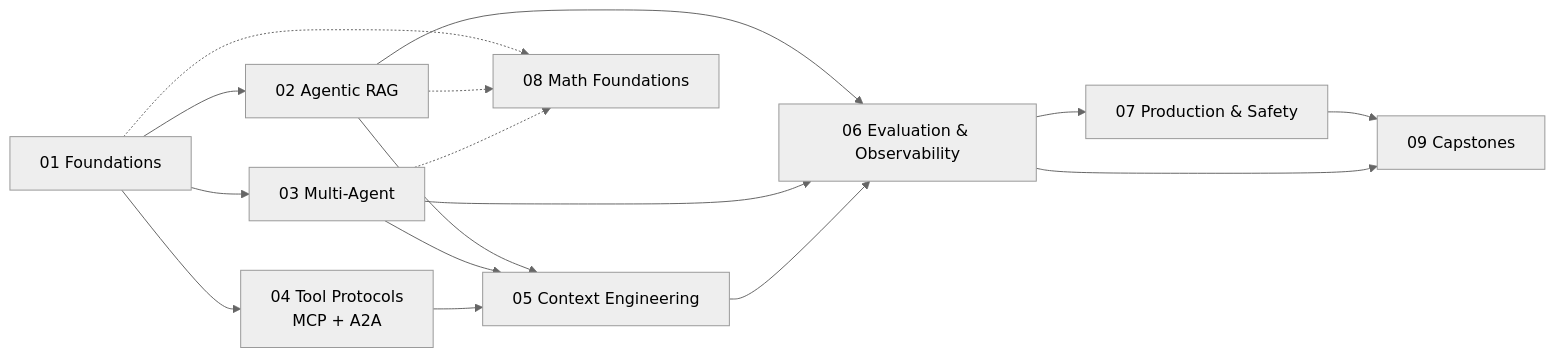
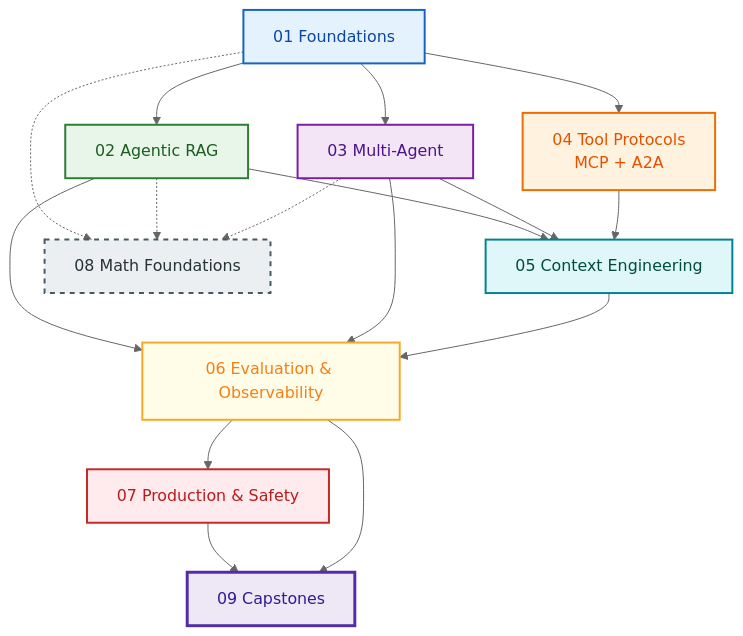
The first of 2 diagrams in README.md (MHHamdan/Agentic-AI-Engineer), drawn with Mermaid (neutral theme) before and after one commit.

Commit message:
Update flowchart and class definitions in README

````diff
--- a/README.md
+++ b/README.md
@@ -145,18 +145,42 @@
 ```mermaid
-flowchart LR
-    F[01 Foundations] --> R[02 Agentic RAG]
-    F --> M[03 Multi-Agent]
-    F --> T[04 Tool Protocols<br/>MCP + A2A]
-    R --> C[05 Context Engineering]
+flowchart TD
+    F["01 Foundations"] --> R["02 Agentic RAG"]
+    F --> M["03 Multi-Agent"]
+    F --> T["04 Tool Protocols<br/>MCP + A2A"]
+
+    R --> C["05 Context Engineering"]
     M --> C
     T --> C
-    R --> E[06 Evaluation & Observability]
+
+    R --> E["06 Evaluation & Observability"]
     M --> E
     C --> E
-    E --> P[07 Production & Safety]
-    F -.-> X[08 Math Foundations]
+
+    E --> P["07 Production & Safety"]
+    P --> CAP["09 Capstones"]
+    E --> CAP
+
+    F -.-> X["08 Math Foundations"]
     R -.-> X
     M -.-> X
-    P --> CAP[09 Capstones]
-    E --> CAP
+
+    classDef foundations fill:#E3F2FD,stroke:#1565C0,stroke-width:2px,color:#0D47A1;
+    classDef rag fill:#E8F5E9,stroke:#2E7D32,stroke-width:2px,color:#1B5E20;
+    classDef multi fill:#F3E5F5,stroke:#7B1FA2,stroke-width:2px,color:#4A148C;
+    classDef tools fill:#FFF3E0,stroke:#EF6C00,stroke-width:2px,color:#E65100;
+    classDef context fill:#E0F7FA,stroke:#00838F,stroke-width:2px,color:#004D40;
+    classDef eval fill:#FFFDE7,stroke:#F9A825,stroke-width:2px,color:#F57F17;
+    classDef production fill:#FFEBEE,stroke:#C62828,stroke-width:2px,color:#B71C1C;
+    classDef math fill:#ECEFF1,stroke:#455A64,stroke-width:2px,color:#263238,stroke-dasharray:5 5;
+    classDef capstone fill:#EDE7F6,stroke:#512DA8,stroke-width:3px,color:#311B92;
+
+    class F foundations;
+    class R rag;
+    class M multi;
+    class T tools;
+    class C context;
+    class E eval;
+    class P production;
+    class X math;
+    class CAP capstone;
 ```
````
